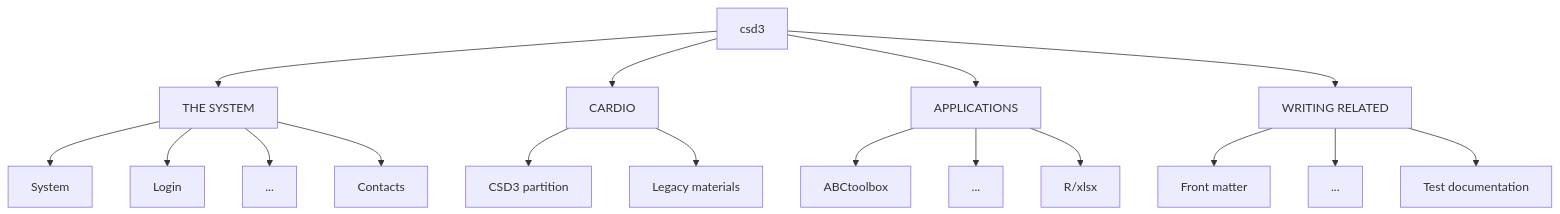
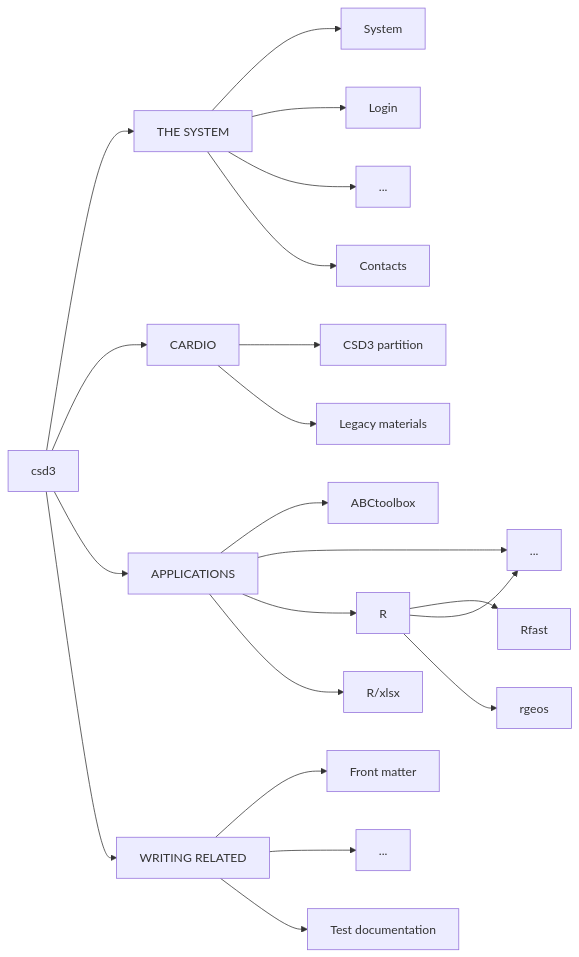
The diagram in docs/README.md (cambridge-ceu/csd3), drawn with Mermaid before and after one commit. The commit also changed 57 other files, not shown here.

````diff
--- a/docs/README.md
+++ b/docs/README.md
@@ -10,19 +10,23 @@
 ```mermaid
-graph TB;
+graph LR;
 csd3 --> system["THE SYSTEM"]
 csd3 --> cardio["CARDIO"]
 csd3 --> applications["APPLICATIONS"]
 csd3 --> wr["WRITING RELATED"]
 system --> System
 system --> Login
 system --> sysdot["..."]
 system --> Contacts
 cardio --> cp["CSD3 partition"]
 cardio --> lm["Legacy materials"]
 applications --> ABCtoolbox
 applications --> appdot["..."]
+applications --> R
+R --> Rfast
+R --> appdot["..."]
+R --> rgeos
 applications --> R/xlsx
 wr --> fr["Front matter"]
 wr --> wrdot["..."]
 wr --> td["Test documentation"]
 ```
````
